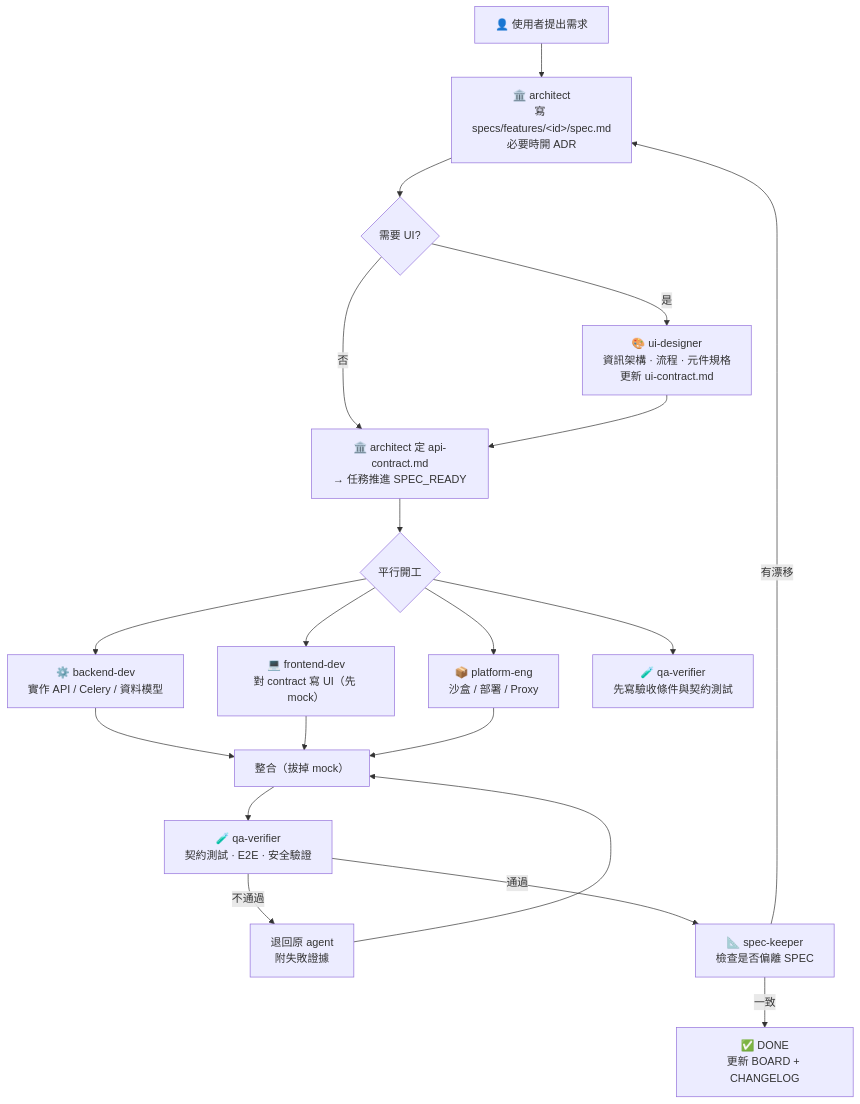
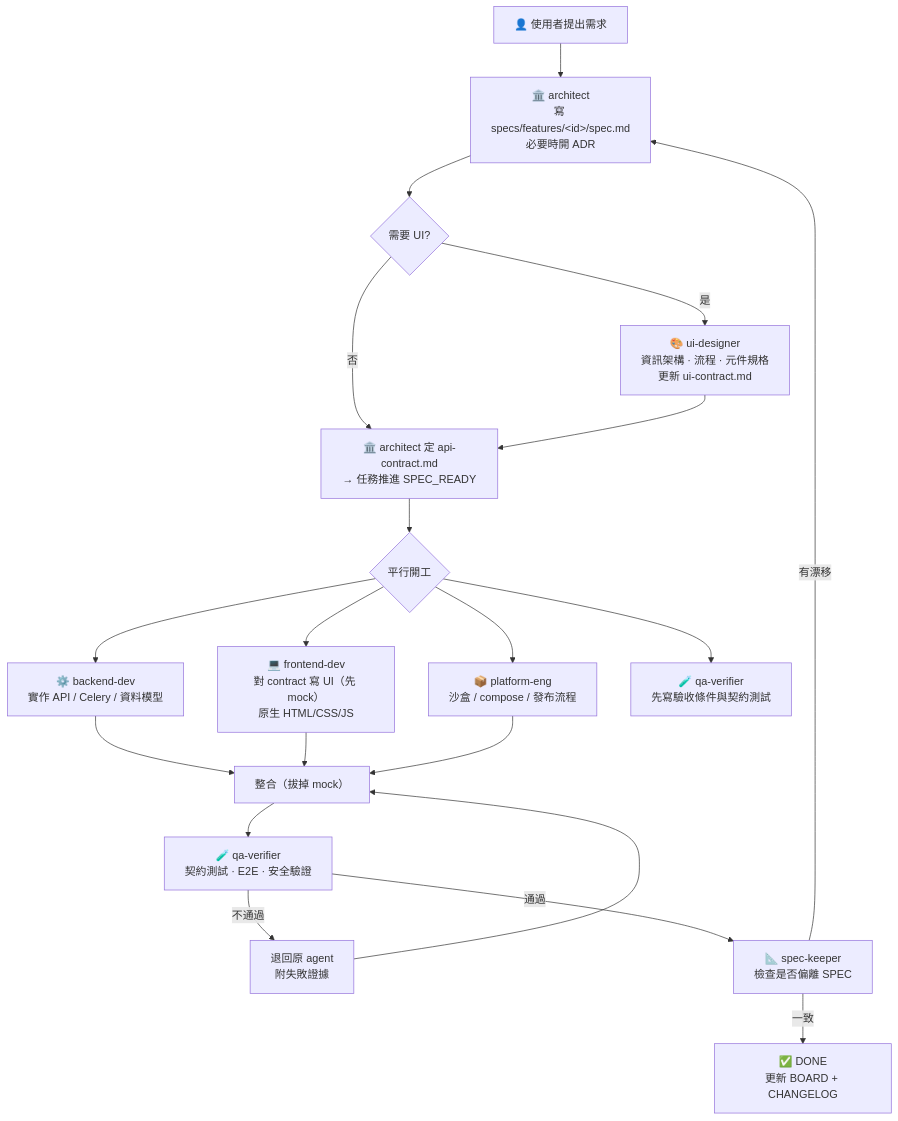
The diagram in AGENTS.md (william9998/Zentra), drawn with Mermaid before and after one commit. The commit also changed other lines of this file and 50 other files, not shown here.

````diff
--- a/AGENTS.md
+++ b/AGENTS.md
@@ -101,20 +106,20 @@
 ```mermaid
 flowchart TB
     U["👤 使用者提出需求"] --> A["🏛️ architect<br/>寫 specs/features/&lt;id&gt;/spec.md<br/>必要時開 ADR"]
     A --> CHK{"需要 UI?"}
     CHK -->|是| D["🎨 ui-designer<br/>資訊架構 · 流程 · 元件規格<br/>更新 ui-contract.md"]
     CHK -->|否| CT
     D --> CT["🏛️ architect 定 api-contract.md<br/>→ 任務推進 SPEC_READY"]
     CT --> PAR{"平行開工"}
     PAR --> BE["⚙️ backend-dev<br/>實作 API / Celery / 資料模型"]
-    PAR --> FE["💻 frontend-dev<br/>對 contract 寫 UI（先 mock）"]
-    PAR --> PE["📦 platform-eng<br/>沙盒 / 部署 / Proxy"]
+    PAR --> FE["💻 frontend-dev<br/>對 contract 寫 UI（先 mock）<br/>原生 HTML/CSS/JS"]
+    PAR --> PE["📦 platform-eng<br/>沙盒 / compose / 發布流程"]
     PAR --> QP["🧪 qa-verifier<br/>先寫驗收條件與契約測試"]
     BE & FE & PE --> INT["整合（拔掉 mock）"]
     INT --> Q["🧪 qa-verifier<br/>契約測試 · E2E · 安全驗證"]
     Q -->|不通過| FIX["退回原 agent<br/>附失敗證據"]
     FIX --> INT
     Q -->|通過| SK["📐 spec-keeper<br/>檢查是否偏離 SPEC"]
     SK -->|有漂移| A
     SK -->|一致| DONE["✅ DONE<br/>更新 BOARD + CHANGELOG"]
 ```
````
